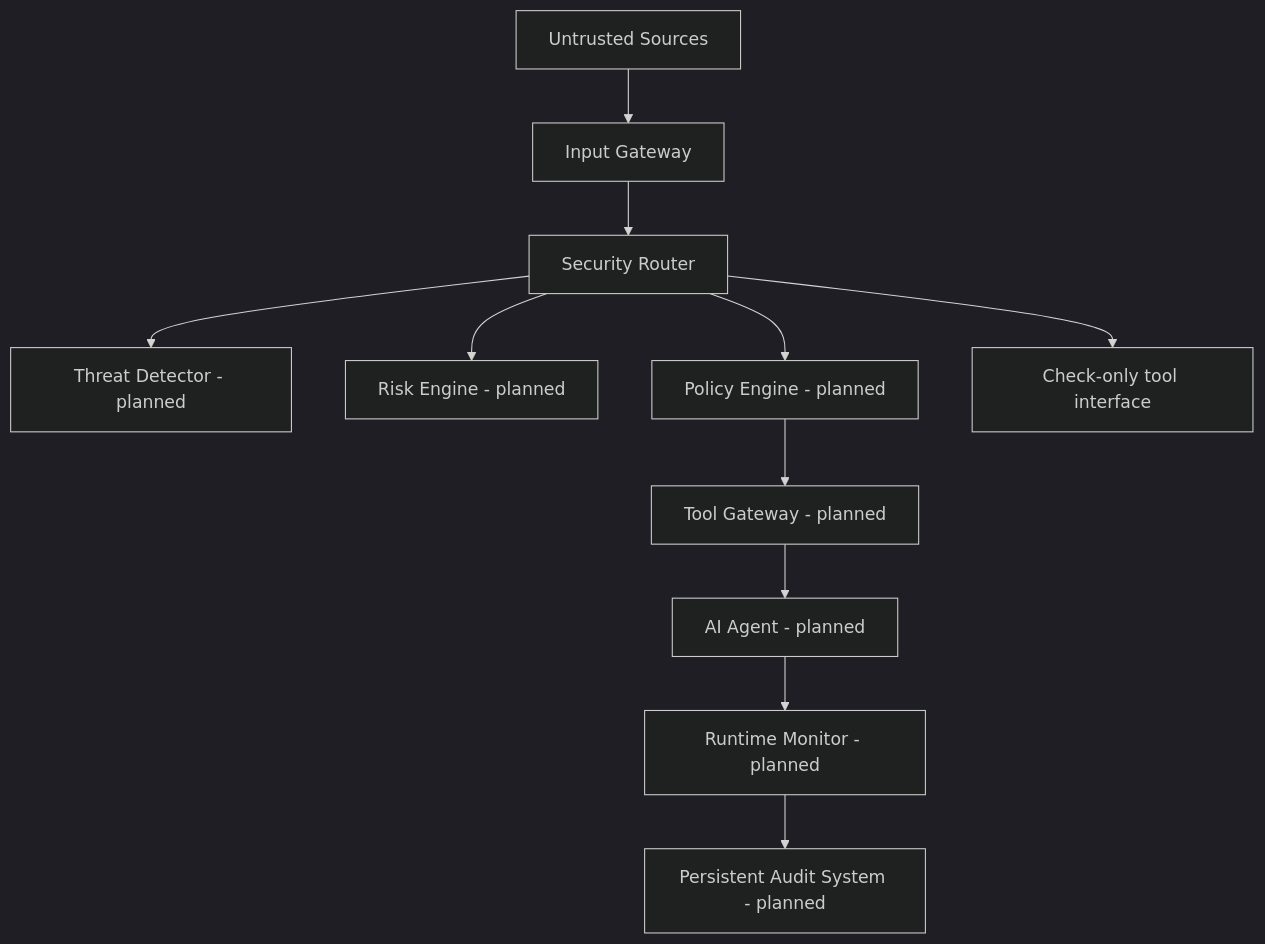
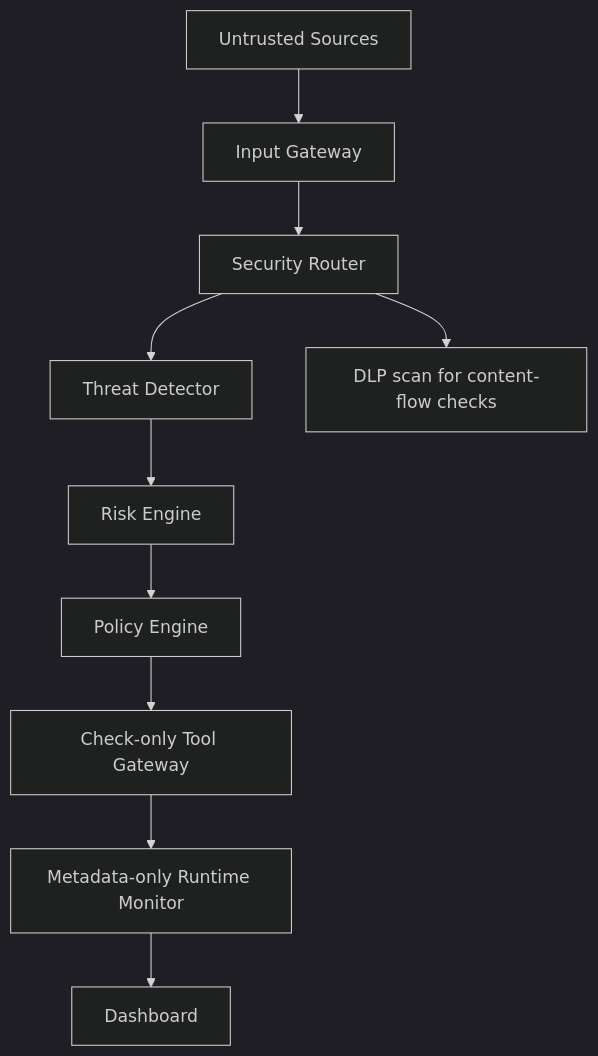
The diagram in README.md (Meghavardhan-ops/runtime-security-ai-agents), drawn with Mermaid (dark theme) before and after one commit. The commit also changed other lines of this file and 21 other files, not shown here.

````diff
--- a/README.md
+++ b/README.md
@@ -39,13 +42,12 @@
 ```mermaid
 flowchart TD
     A[Untrusted Sources] --> B[Input Gateway]
     B --> C[Security Router]
-    C --> D[Threat Detector - planned]
-    C --> E[Risk Engine - planned]
-    C --> F[Policy Engine - planned]
-    C --> G[Check-only tool interface]
-    F --> H[Tool Gateway - planned]
-    H --> I[AI Agent - planned]
-    I --> J[Runtime Monitor - planned]
-    J --> K[Persistent Audit System - planned]
+    C --> D[Threat Detector]
+    D --> E[Risk Engine]
+    E --> F[Policy Engine]
+    C --> G[DLP scan for content-flow checks]
+    F --> H[Check-only Tool Gateway]
+    H --> I[Metadata-only Runtime Monitor]
+    I --> J[Dashboard]
 ```
````
